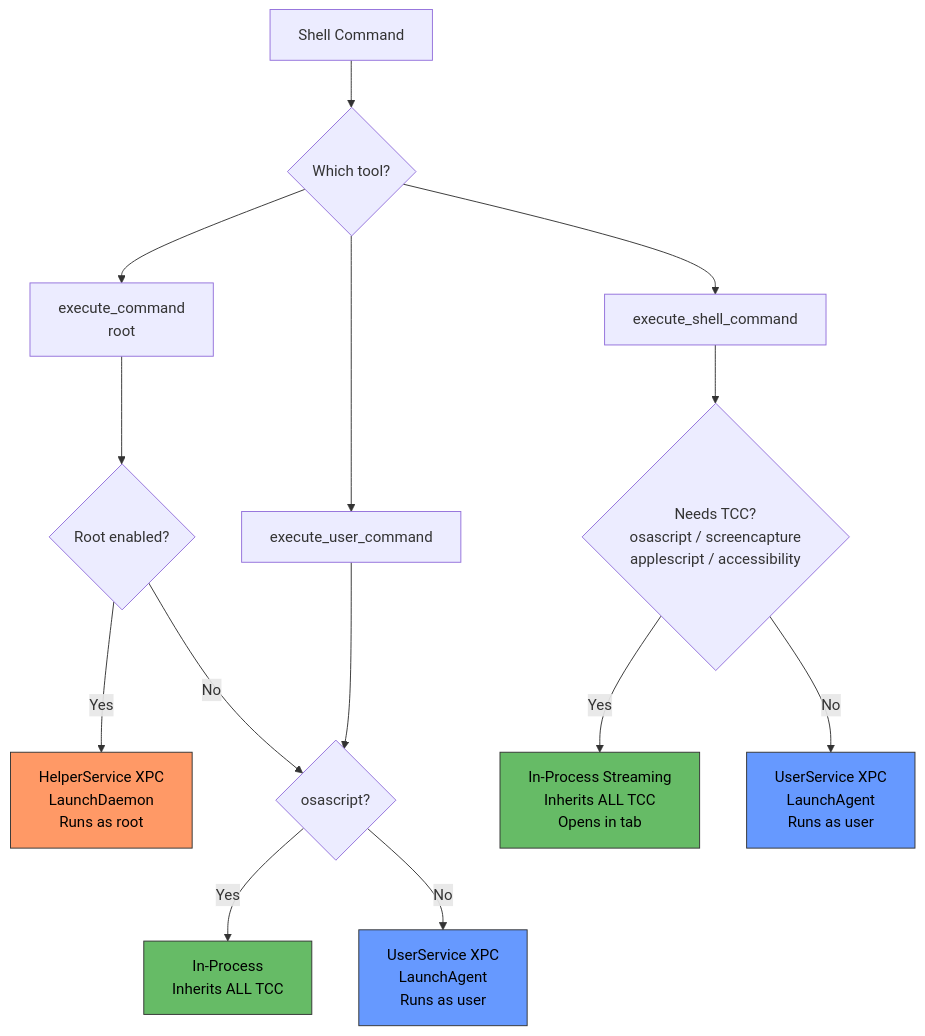
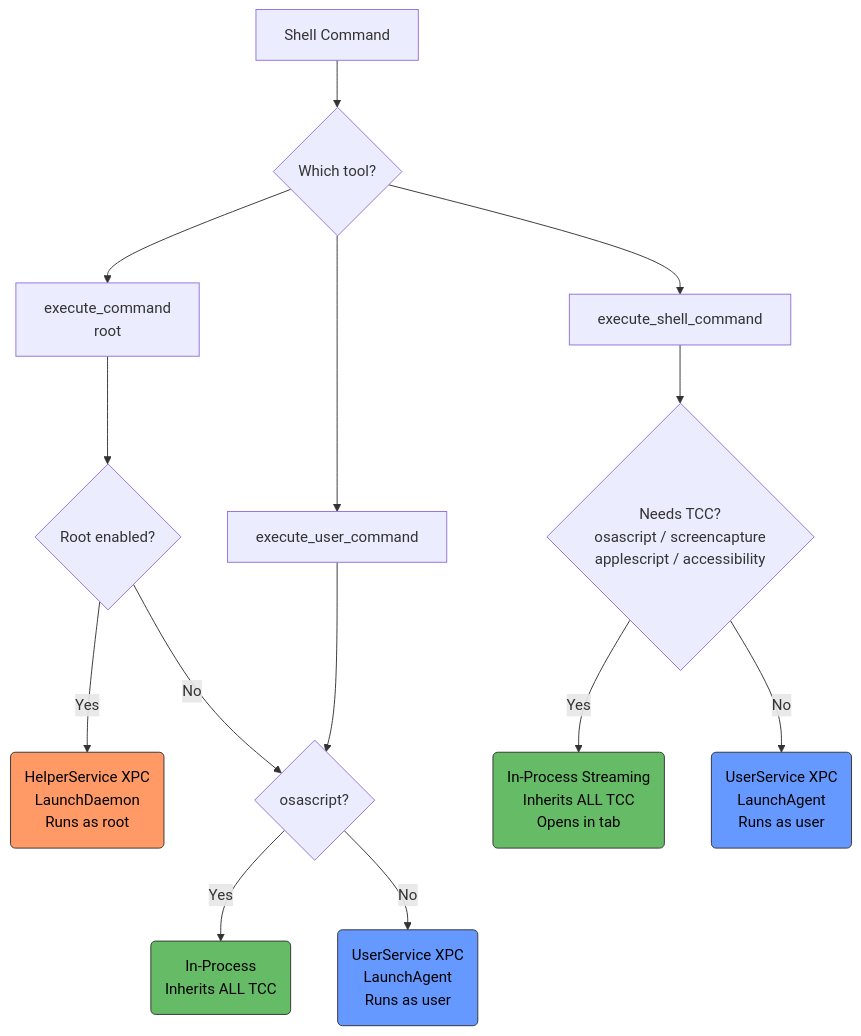
The diagram in README.md (macOS26/Agent), drawn with Mermaid before and after one commit.

Commit message:
Use rounded nodes for colored flowchart endpoints

````diff
--- a/README.md
+++ b/README.md
@@ -443,26 +443,26 @@
 ```mermaid
 flowchart TD
     A[Shell Command] --> B{Which tool?}
     B --> C[execute_command\nroot]
     B --> D[execute_user_command]
     B --> E[execute_shell_command]
 
     C --> F{Root enabled?}
-    F -- Yes --> G[HelperService XPC\nLaunchDaemon\nRuns as root]
+    F -- Yes --> G(HelperService XPC\nLaunchDaemon\nRuns as root)
     F -- No --> H{osascript?}
 
     D --> H
 
-    H -- Yes --> I[In-Process\nInherits ALL TCC]
-    H -- No --> J[UserService XPC\nLaunchAgent\nRuns as user]
+    H -- Yes --> I(In-Process\nInherits ALL TCC)
+    H -- No --> J(UserService XPC\nLaunchAgent\nRuns as user)
 
     E --> K{Needs TCC?\nosascript / screencapture\napplescript / accessibility}
-    K -- Yes --> L[In-Process Streaming\nInherits ALL TCC\nOpens in tab]
-    K -- No --> M[UserService XPC\nLaunchAgent\nRuns as user]
+    K -- Yes --> L(In-Process Streaming\nInherits ALL TCC\nOpens in tab)
+    K -- No --> M(UserService XPC\nLaunchAgent\nRuns as user)
 
     style G fill:#f96,stroke:#333,color:#000
     style I fill:#6b6,stroke:#333,color:#000
     style L fill:#6b6,stroke:#333,color:#000
     style J fill:#69f,stroke:#333,color:#000
     style M fill:#69f,stroke:#333,color:#000
 ```
````
